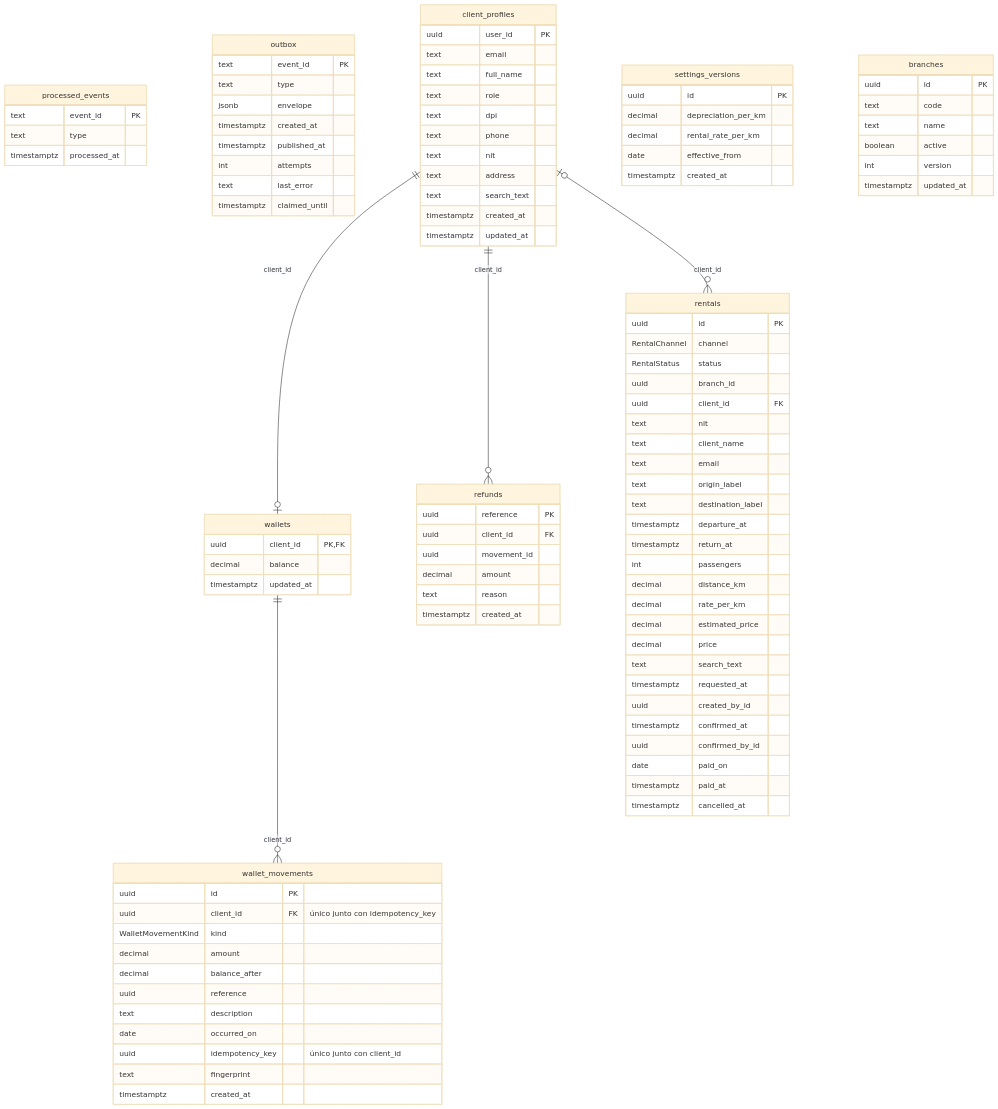
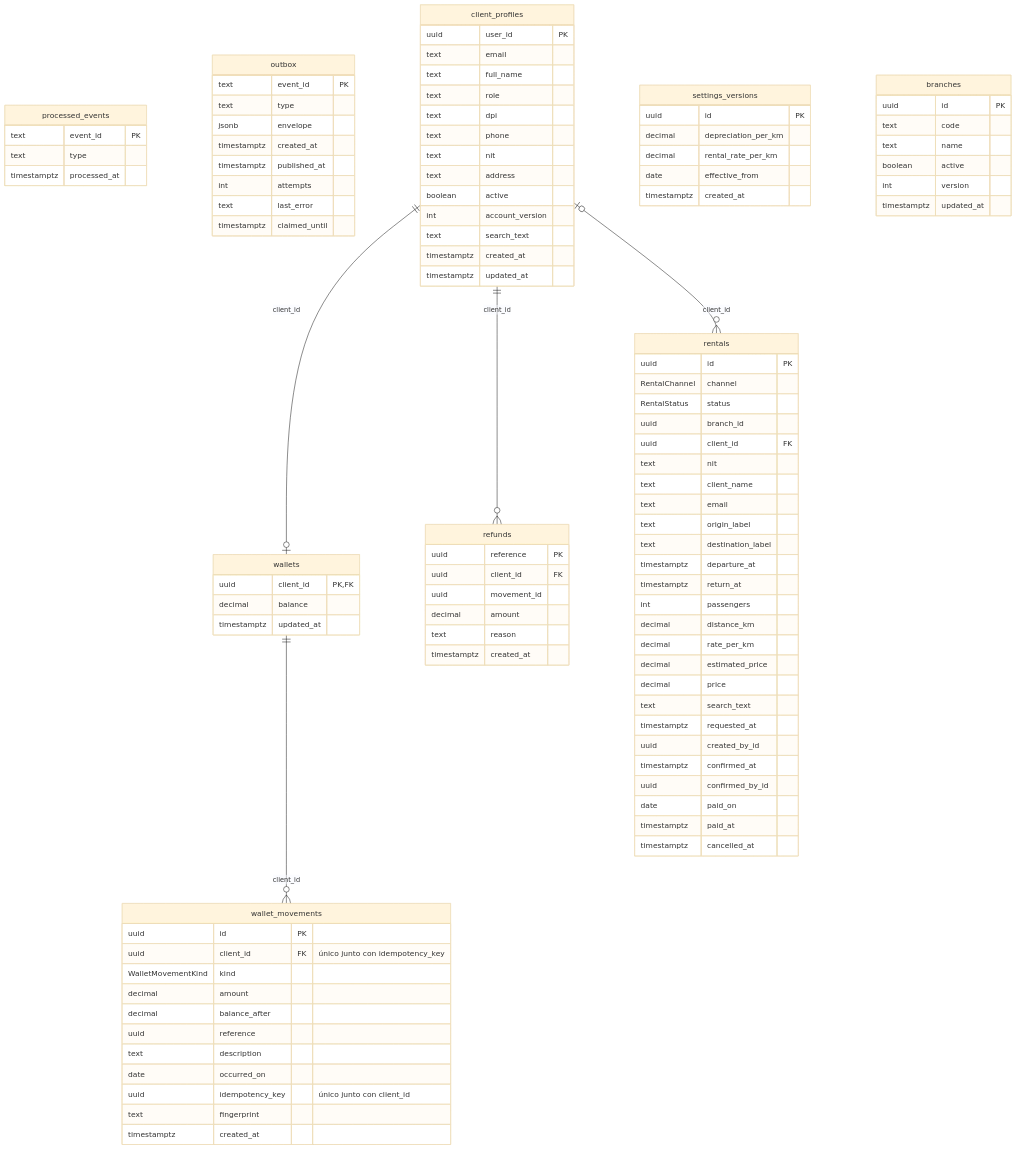
The third of 4 diagrams in docs/clientes/README.md (JeffMenca/debus), drawn with Mermaid (base theme) before and after one commit. The commit also changed other lines of this file and 44 other files, not shown here.

```diff
--- a/docs/clientes/README.md
+++ b/docs/clientes/README.md
@@ -206,6 +206,8 @@
     text phone
     text nit
     text address
+    boolean active
+    int account_version
     text search_text
     timestamptz created_at
     timestamptz updated_at
```
